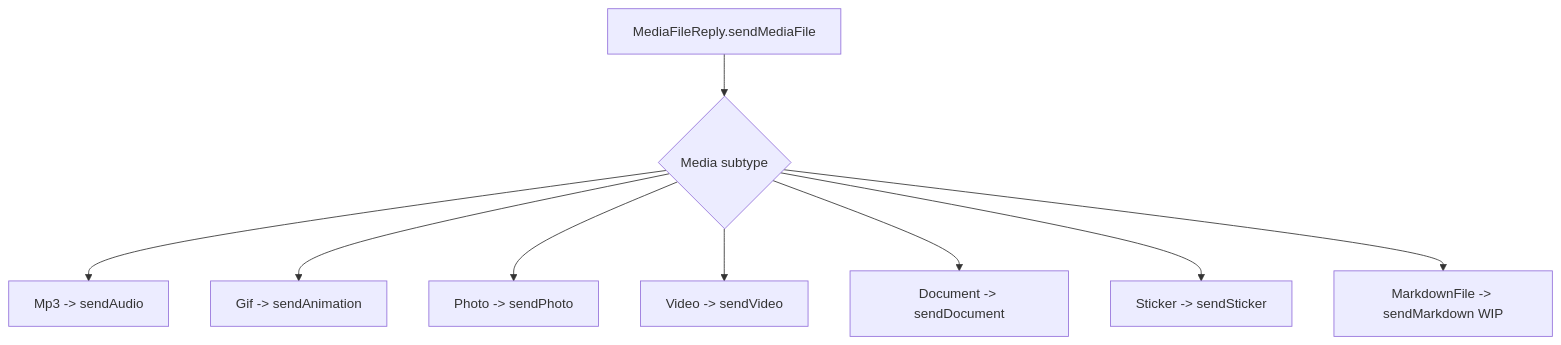
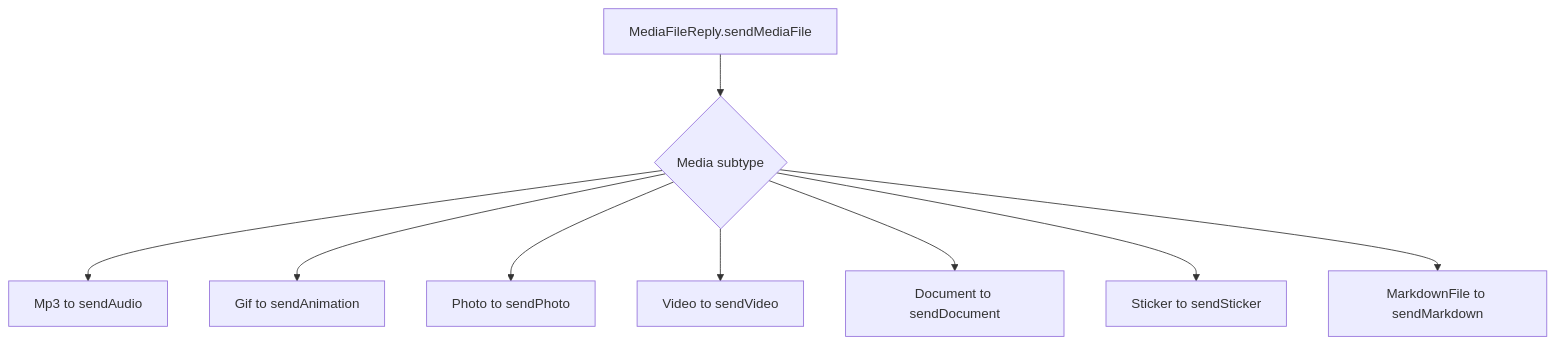
One commit to benkio/sBots changed the third of 6 diagrams in docs/bot-logic-overview.md. Above: the diagram before and after it, drawn with Mermaid. The commit also changed other lines of this file, not shown here.

````diff
--- a/docs/bot-logic-overview.md
+++ b/docs/bot-logic-overview.md
@@ -56,11 +56,11 @@
 ```mermaid
 flowchart TD
-  A[MediaFileReply.sendMediaFile] --> B{Media subtype}
-  B --> C[Mp3 -> sendAudio]
-  B --> D[Gif -> sendAnimation]
-  B --> E[Photo -> sendPhoto]
-  B --> F[Video -> sendVideo]
-  B --> G[Document -> sendDocument]
-  B --> H[Sticker -> sendSticker]
-  B --> I[MarkdownFile -> sendMarkdown WIP]
+  A["MediaFileReply.sendMediaFile"] --> B{Media subtype}
+  B --> C["Mp3 to sendAudio"]
+  B --> D["Gif to sendAnimation"]
+  B --> E["Photo to sendPhoto"]
+  B --> F["Video to sendVideo"]
+  B --> G["Document to sendDocument"]
+  B --> H["Sticker to sendSticker"]
+  B --> I["MarkdownFile to sendMarkdown"]
 ```
````
